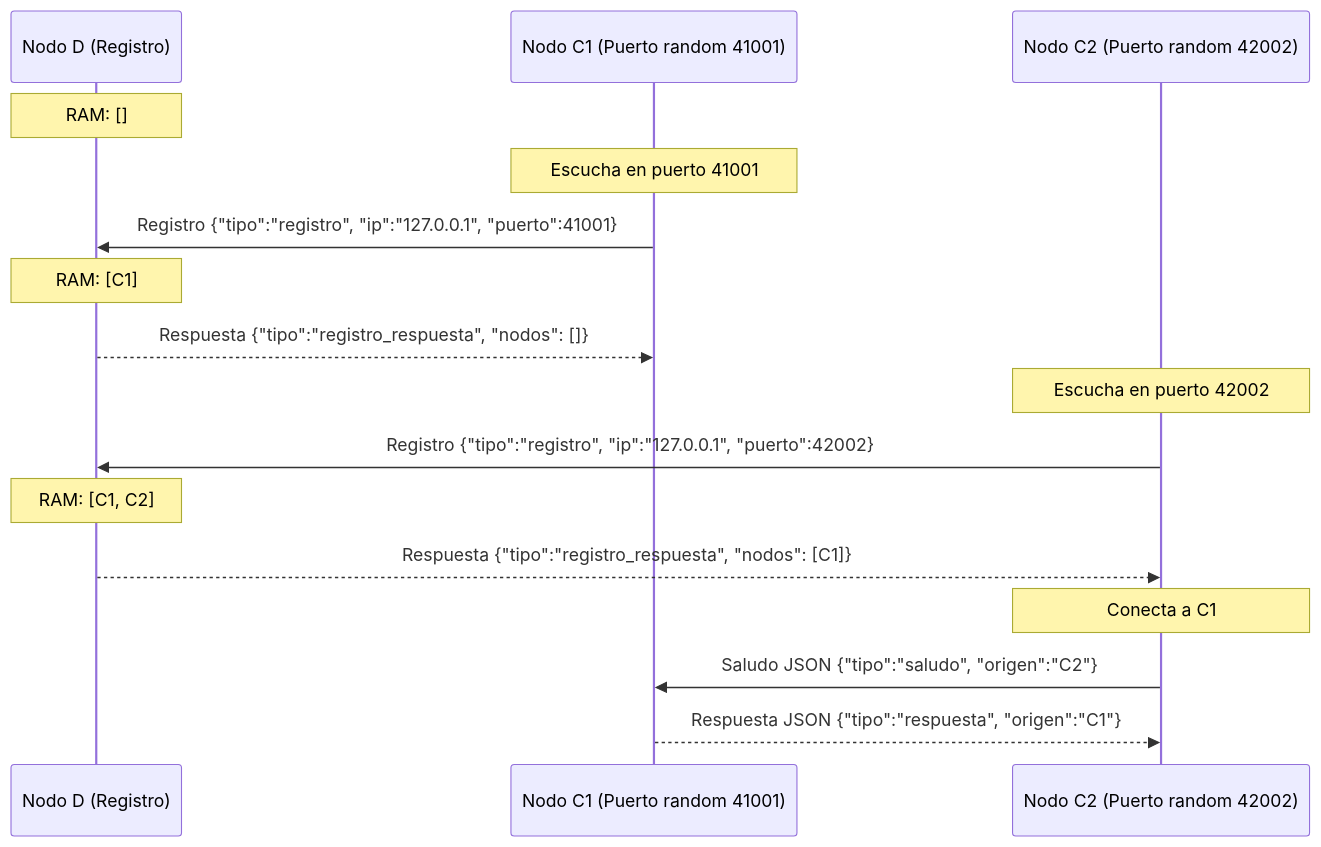
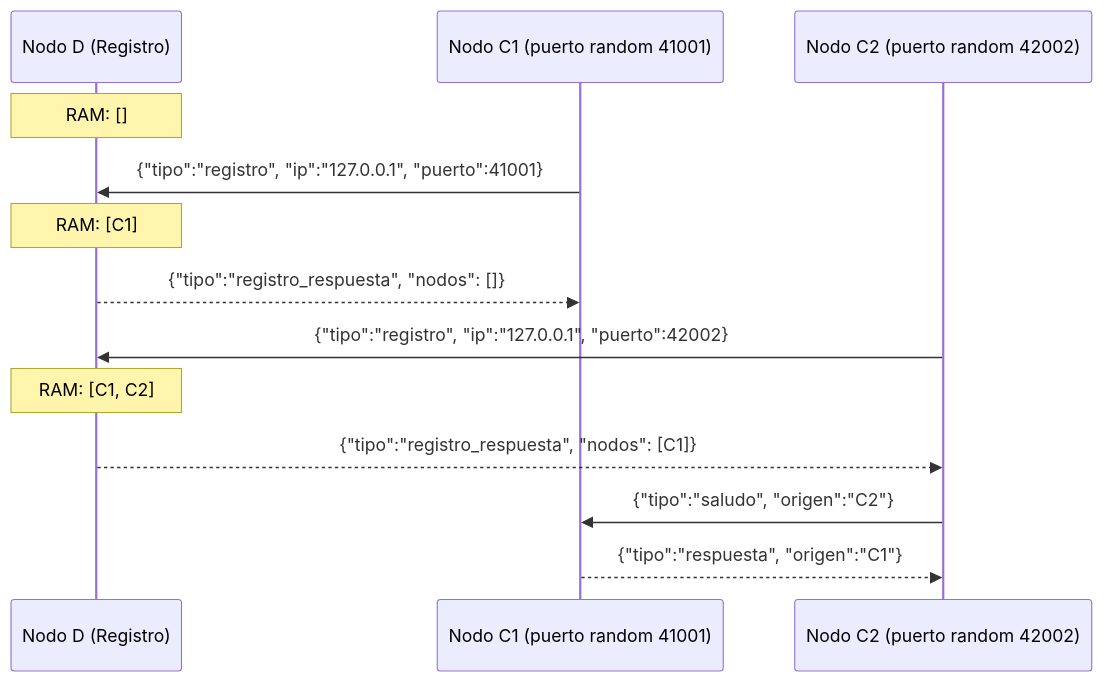
One commit to mnomico/sdypp_tp1 changed the diagram in hit6/README.md. Above: the diagram before and after it, drawn with Mermaid. The commit also changed other lines of this file and 17 other files, not shown here.

````diff
--- a/hit6/README.md
+++ b/hit6/README.md
@@ -13,21 +17,18 @@
 ```mermaid
 sequenceDiagram
     participant D as Nodo D (Registro)
-    participant C1 as Nodo C1 (Puerto random 41001)
-    participant C2 as Nodo C2 (Puerto random 42002)
+    participant C1 as Nodo C1 (puerto random 41001)
+    participant C2 as Nodo C2 (puerto random 42002)
 
     Note over D: RAM: []
-    Note over C1: Escucha en puerto 41001
-    C1->>D: Registro {"tipo":"registro", "ip":"127.0.0.1", "puerto":41001}
+    C1->>D: {"tipo":"registro", "ip":"127.0.0.1", "puerto":41001}
     Note over D: RAM: [C1]
-    D-->>C1: Respuesta {"tipo":"registro_respuesta", "nodos": []}
+    D-->>C1: {"tipo":"registro_respuesta", "nodos": []}
 
-    Note over C2: Escucha en puerto 42002
-    C2->>D: Registro {"tipo":"registro", "ip":"127.0.0.1", "puerto":42002}
+    C2->>D: {"tipo":"registro", "ip":"127.0.0.1", "puerto":42002}
     Note over D: RAM: [C1, C2]
-    D-->>C2: Respuesta {"tipo":"registro_respuesta", "nodos": [C1]}
+    D-->>C2: {"tipo":"registro_respuesta", "nodos": [C1]}
 
-    Note over C2: Conecta a C1
-    C2->>C1: Saludo JSON {"tipo":"saludo", "origen":"C2"}
-    C1-->>C2: Respuesta JSON {"tipo":"respuesta", "origen":"C1"}
+    C2->>C1: {"tipo":"saludo", "origen":"C2"}
+    C1-->>C2: {"tipo":"respuesta", "origen":"C1"}
 ```
````
